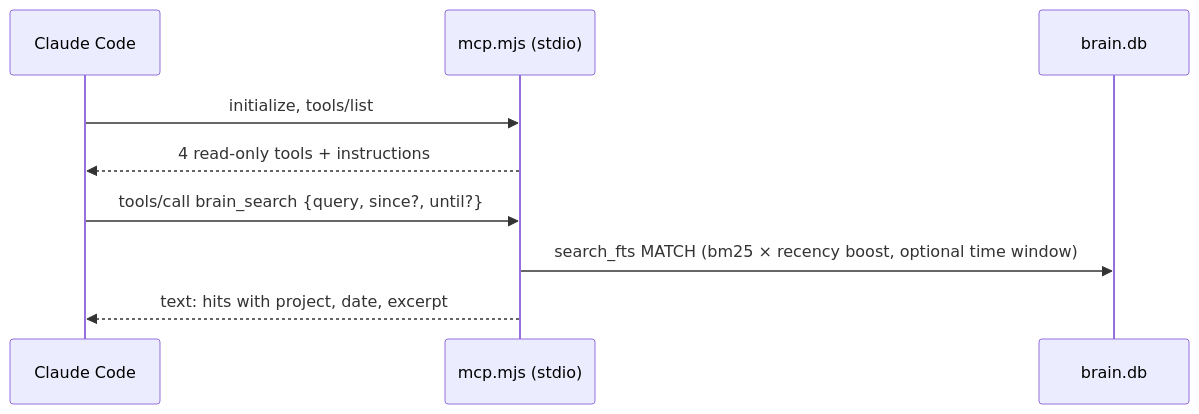
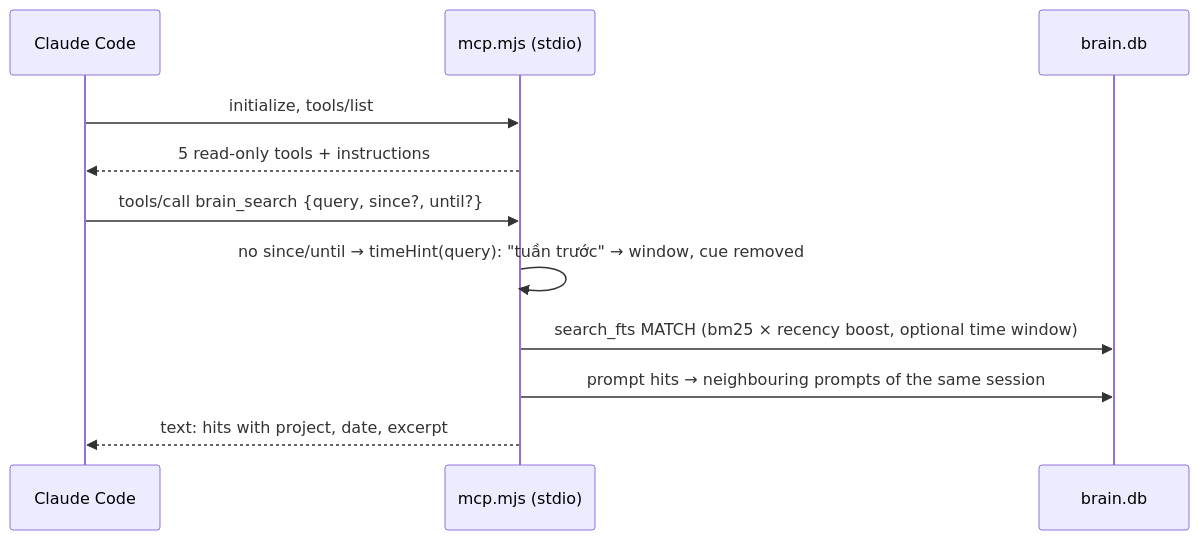
The fifth of 5 diagrams in docs/PLAN.md (hienct-fpt/personal-brain), drawn with Mermaid before and after one commit. The commit also changed other lines of this file and 9 other files, not shown here.

First line of the commit message:
Add zero-token recall: time cues, prompt neighbours, entity graph

````diff
--- a/docs/PLAN.md
+++ b/docs/PLAN.md
@@ -119,11 +119,13 @@
 ```mermaid
 sequenceDiagram
   participant CC as Claude Code
   participant M as mcp.mjs (stdio)
   participant DB as brain.db
   CC->>M: initialize, tools/list
-  M-->>CC: 4 read-only tools + instructions
+  M-->>CC: 5 read-only tools + instructions
   CC->>M: tools/call brain_search {query, since?, until?}
+  M->>M: no since/until → timeHint(query): "tuần trước" → window, cue removed
   M->>DB: search_fts MATCH (bm25 × recency boost, optional time window)
+  M->>DB: prompt hits → neighbouring prompts of the same session
   M-->>CC: text: hits with project, date, excerpt
 ```
````
